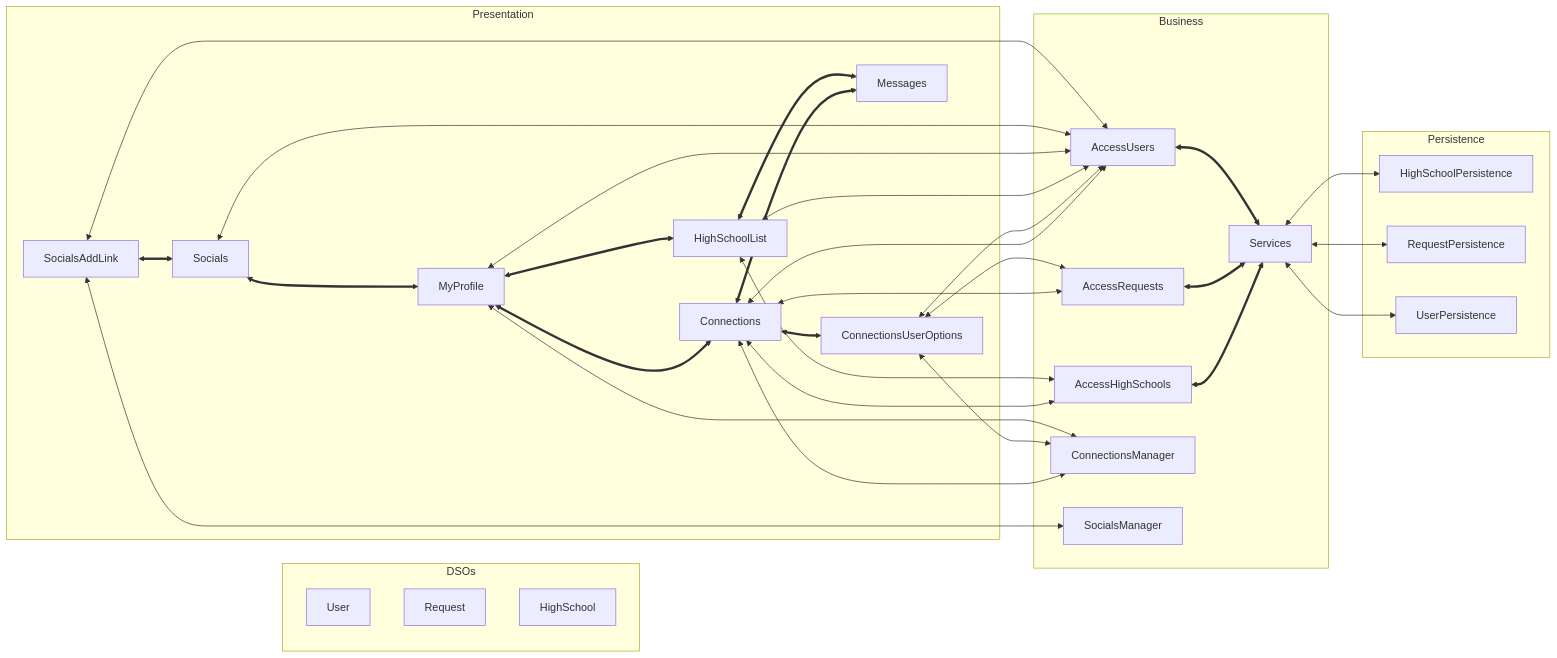
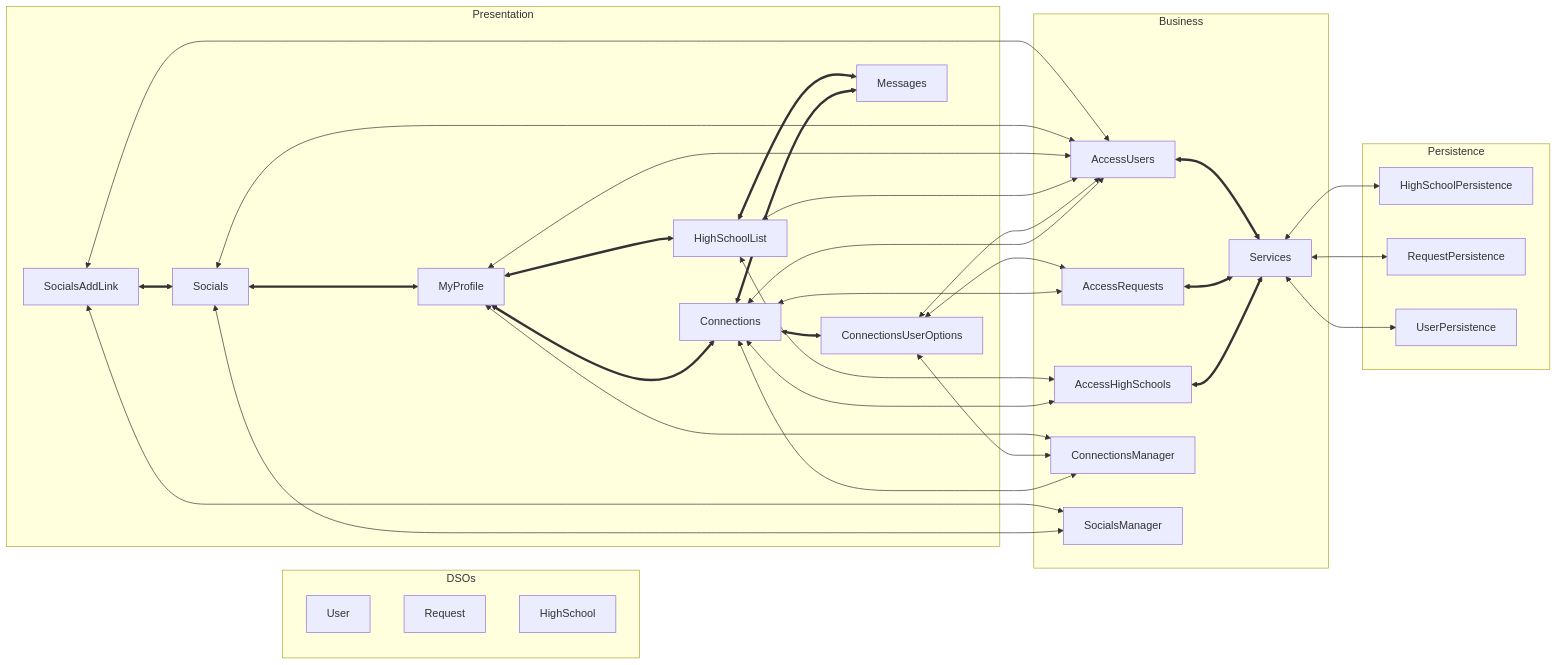
Before and after one commit to khaledElgohary/high-school-hub: the diagram in docs/ARCHITECTURE.md, drawn with Mermaid.

Commit message:
Update ARCHITECTURE.md with new Socials link

````diff
--- a/docs/ARCHITECTURE.md
+++ b/docs/ARCHITECTURE.md
@@ -4,44 +4,44 @@
 ```mermaid
 %% Note: In case the diagram is not rendering properly, a backup can be found at https://code.cs.umanitoba.ca/3350-summer2023/highschool-hub/-/blob/main/docs/mermaid-diagram-backup.png.
 
 flowchart LR
     %% Links between nodes of different subgraphs
     Connections <--> AccessHighSchools & AccessRequests & AccessUsers & ConnectionsManager
     ConnectionsUserOptions <--> AccessRequests & AccessUsers & ConnectionsManager
     HighSchoolList <---> AccessUsers & AccessHighSchools
     MyProfile <--> AccessUsers & ConnectionsManager
-    Socials <--> AccessUsers
+    Socials <--> AccessUsers & SocialsManager
     SocialsAddLink <--> AccessUsers & SocialsManager
 
     Services <--> HighSchoolPersistence & RequestPersistence & UserPersistence
 
     subgraph Presentation
     Connections <==> ConnectionsUserOptions
     MyProfile <==> Connections
     MyProfile <==> HighSchoolList
     Socials <==> MyProfile
     SocialsAddLink <==> Socials
     Connections & HighSchoolList <==> Messages
     end
 
     subgraph Business
     AccessHighSchools & AccessRequests & AccessUsers <==> Services
     ConnectionsManager
     SocialsManager
     end
 
     subgraph Persistence
     HighSchoolPersistence
     RequestPersistence
     UserPersistence
     end
 
     subgraph DSOs
     User
     Request
     HighSchool
     end
 
     %% Invisible link(s) to keep graphs together
     DSOs ~~~ Presentation
 ```
````
